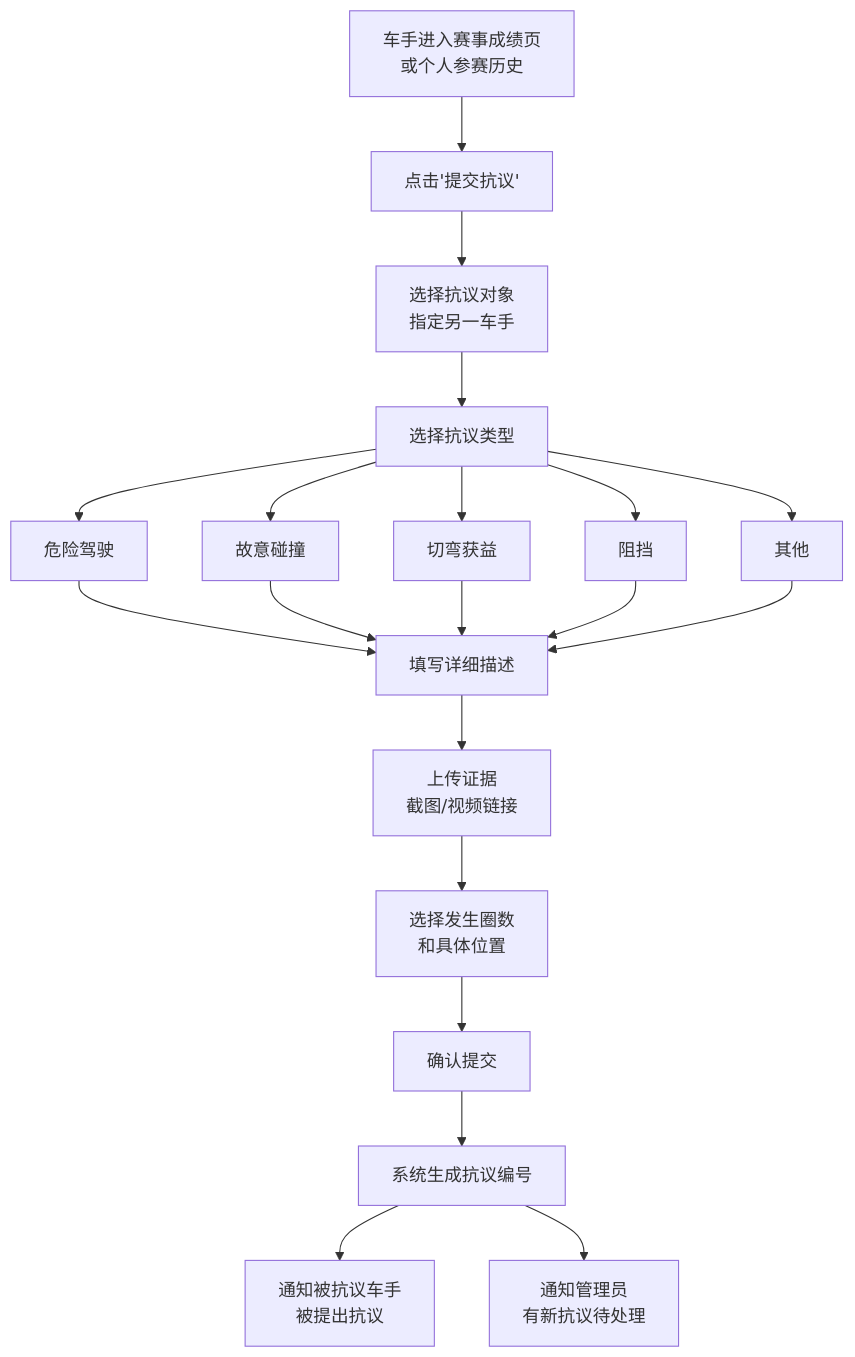
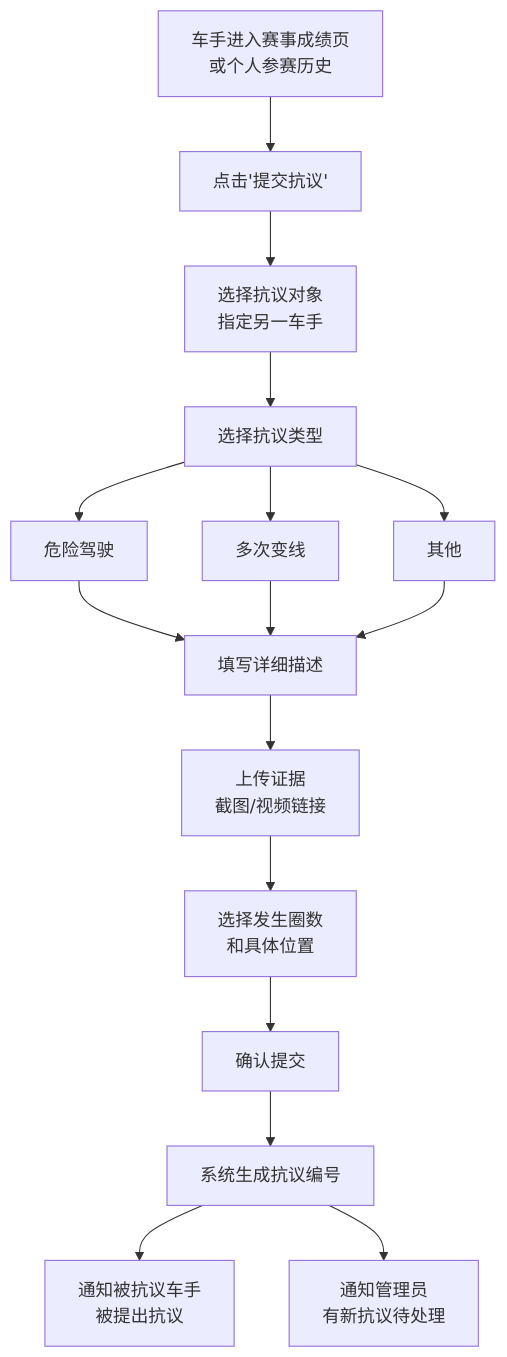
The eighth of 9 diagrams in PRD.md (SagaLinZP/Racing-Arcade), drawn with Mermaid before and after one commit. The commit also changed other lines of this file, not shown here.

Commit message:
update protest types

````diff
--- a/PRD.md
+++ b/PRD.md
@@ -1000,21 +1000,19 @@
 ```mermaid
 flowchart TD
     A[车手进入赛事成绩页<br/>或个人参赛历史] --> B[点击'提交抗议']
     B --> C[选择抗议对象<br/>指定另一车手]
     C --> D[选择抗议类型]
     
     D --> D1[危险驾驶]
-    D --> D2[故意碰撞]
-    D --> D3[切弯获益]
-    D --> D4[阻挡]
-    D --> D5[其他]
+    D --> D2[多次变线]
+    D --> D3[其他]
     
-    D1 & D2 & D3 & D4 & D5 --> E[填写详细描述]
+    D1 & D2 & D3 --> E[填写详细描述]
     E --> F[上传证据<br/>截图/视频链接]
     F --> G[选择发生圈数<br/>和具体位置]
     G --> H[确认提交]
     
     H --> I[系统生成抗议编号]
     I --> J[通知被抗议车手<br/>被提出抗议]
     I --> K[通知管理员<br/>有新抗议待处理]
 ```
````
